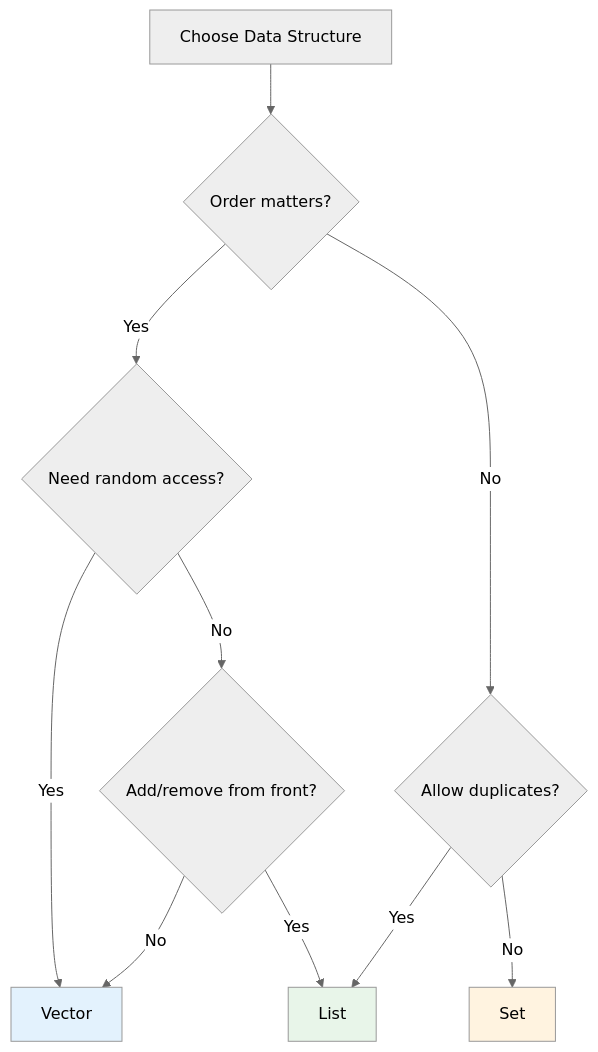
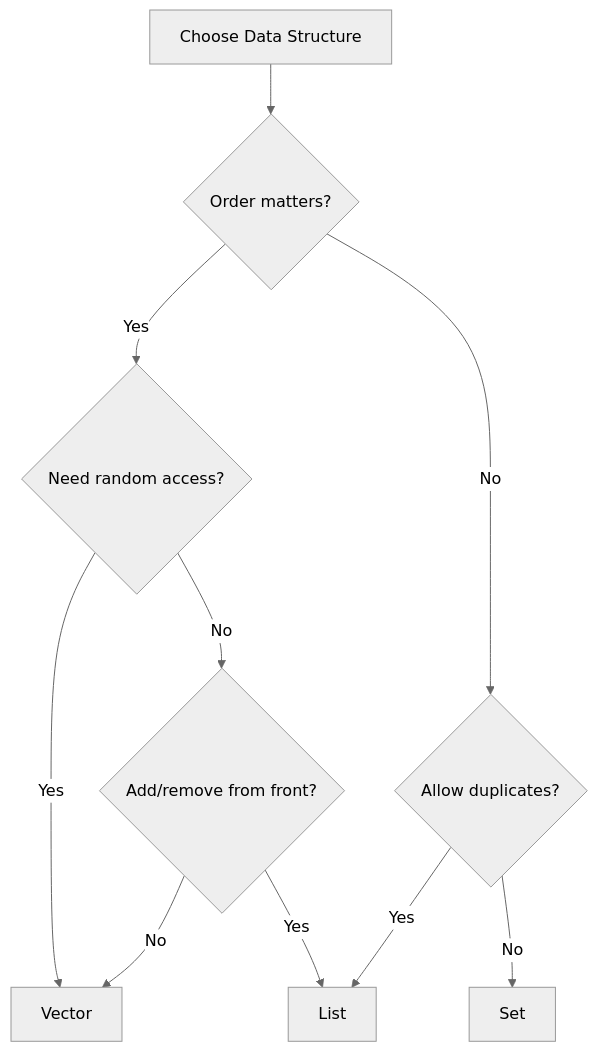
One commit to advanced-beginner/advanced-beginner.github.io changed the diagram in content/en/scala/concepts/collections.md. Above: the diagram before and after it, drawn with Mermaid (neutral theme). The commit also changed 35 other files, not shown here.

First line of the commit message:
refactor: Mermaid 다이어그램 개선

````diff
--- a/content/en/scala/concepts/collections.md
+++ b/content/en/scala/concepts/collections.md
@@ -393,19 +393,15 @@
 ```mermaid
 flowchart TD
     Start["Choose Data Structure"] --> Q1{"Order matters?"}
     Q1 -->|Yes| Q2{"Need random access?"}
     Q1 -->|No| Q3{"Allow duplicates?"}
 
     Q2 -->|Yes| Vector["Vector"]
     Q2 -->|No| Q4{"Add/remove from front?"}
 
     Q4 -->|Yes| List["List"]
     Q4 -->|No| Vector
 
     Q3 -->|Yes| List
     Q3 -->|No| Set["Set"]
-
-    style Vector fill:#e3f2fd
-    style List fill:#e8f5e9
-    style Set fill:#fff3e0
 ```
````
